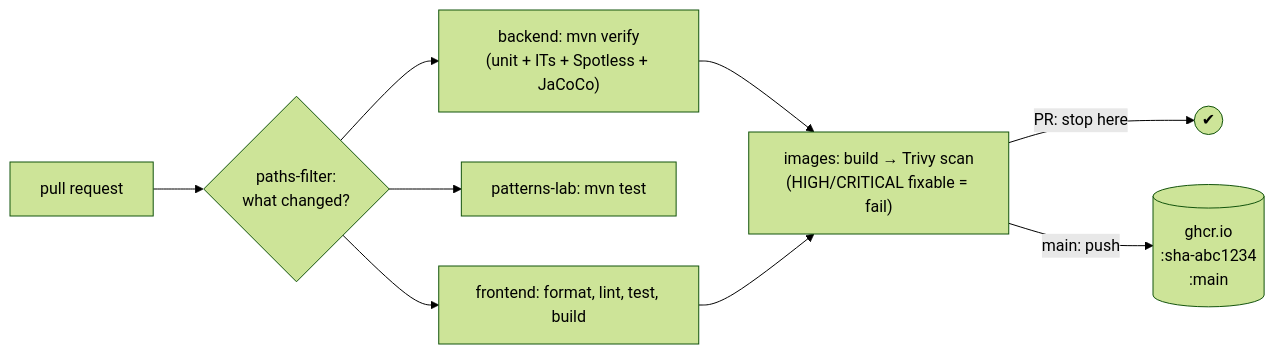
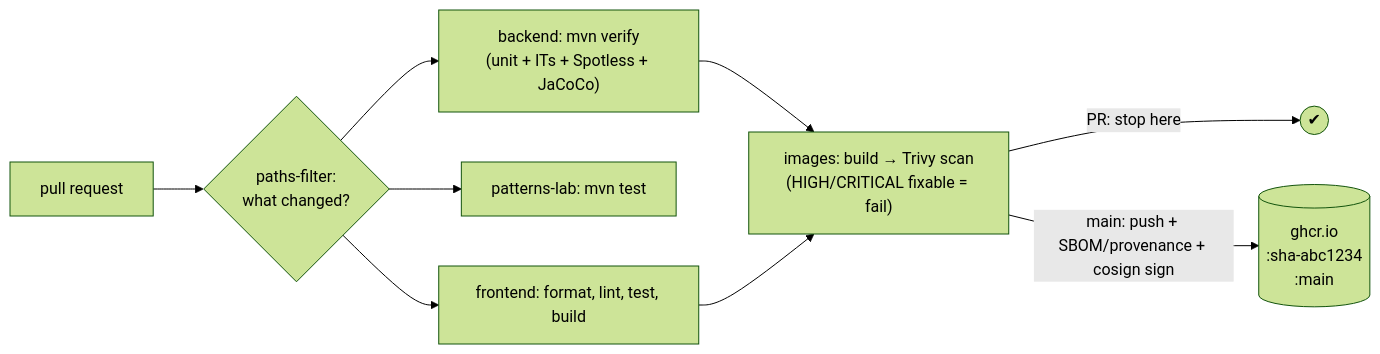
Before and after one commit to b-nimai/Masternova-Spring: the first of 3 diagrams in patterns/devops/04-ci-cd-pipeline.md, drawn with Mermaid (forest theme). The commit also changed other lines of this file and 5 other files, not shown here.

````diff
--- a/patterns/devops/04-ci-cd-pipeline.md
+++ b/patterns/devops/04-ci-cd-pipeline.md
@@ -28,10 +29,10 @@
 ```mermaid
 flowchart LR
   PR["pull request"] --> F{"paths-filter:<br/>what changed?"}
   F --> B["backend: mvn verify<br/>(unit + ITs + Spotless + JaCoCo)"]
   F --> L["patterns-lab: mvn test"]
   F --> W["frontend: format, lint, test, build"]
   B & W --> I["images: build → Trivy scan<br/>(HIGH/CRITICAL fixable = fail)"]
   I -- "PR: stop here" --> X(("✔"))
-  I -- "main: push" --> G[("ghcr.io<br/>:sha-abc1234<br/>:main")]
+  I -- "main: push + SBOM/provenance + cosign sign" --> G[("ghcr.io<br/>:sha-abc1234<br/>:main")]
 ```
````
